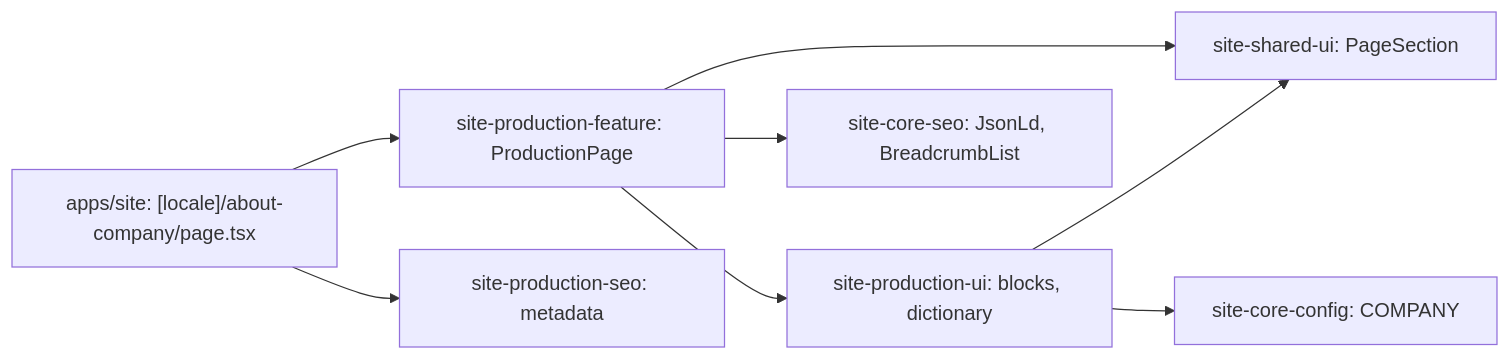
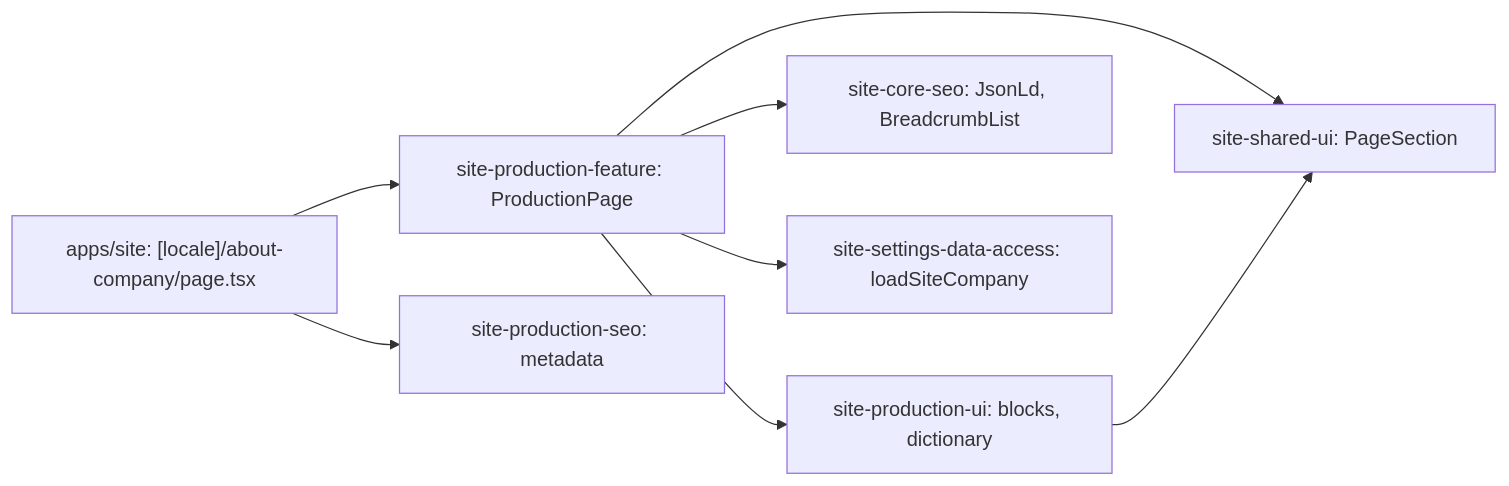
One commit to Weretik/brevi-web changed the diagram in docs/features/site/production.md. Above: the diagram before and after it, drawn with Mermaid. The commit also changed 111 other files, not shown here.

First line of the commit message:
Add «Контакти та компанія» to the Admin and read the company facts on the site (CNT-009)

````diff
--- a/docs/features/site/production.md
+++ b/docs/features/site/production.md
@@ -11,10 +11,10 @@
 ```mermaid
 flowchart LR
   Route["apps/site: [locale]/about-company/page.tsx"] --> Feature["site-production-feature: ProductionPage"]
   Route --> PageSeo["site-production-seo: metadata"]
   Feature --> Ui["site-production-ui: blocks, dictionary"]
   Feature --> Seo["site-core-seo: JsonLd, BreadcrumbList"]
   Feature --> Shared["site-shared-ui: PageSection"]
   Ui --> Shared
-  Ui --> Config["site-core-config: COMPANY"]
+  Feature --> Company["site-settings-data-access: loadSiteCompany"]
 ```
````
